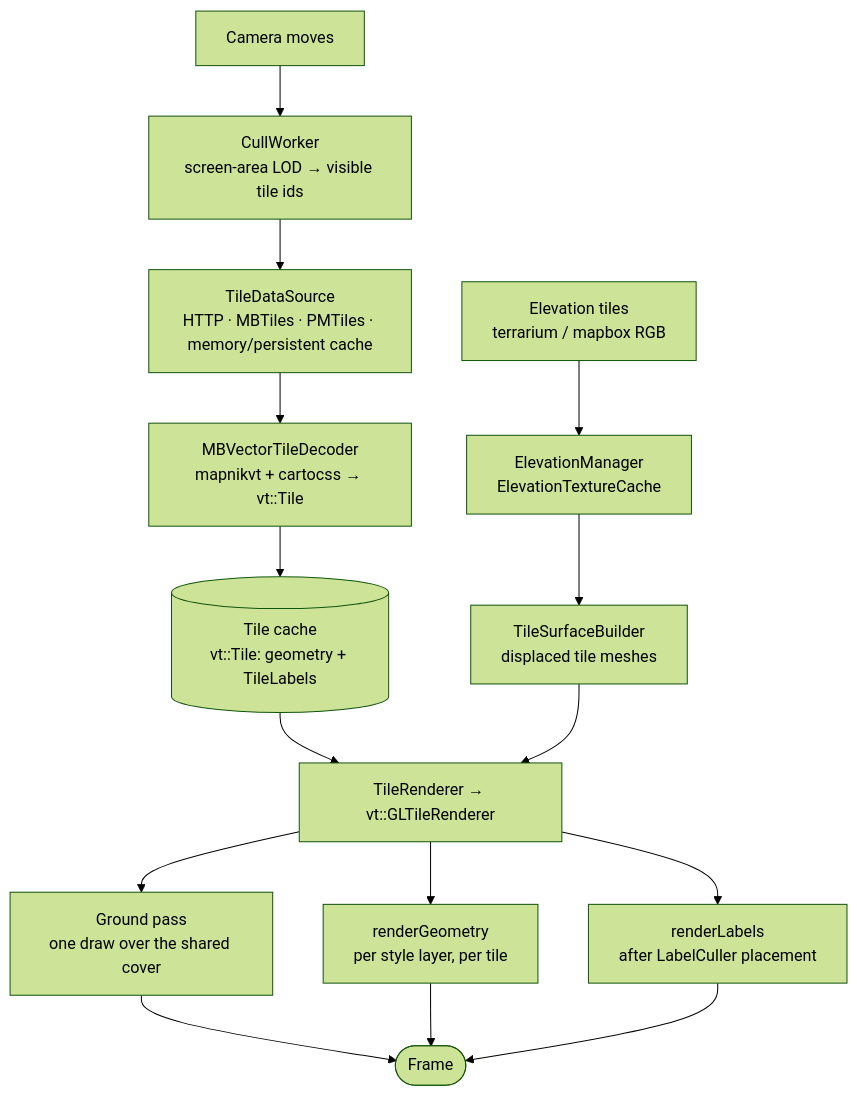
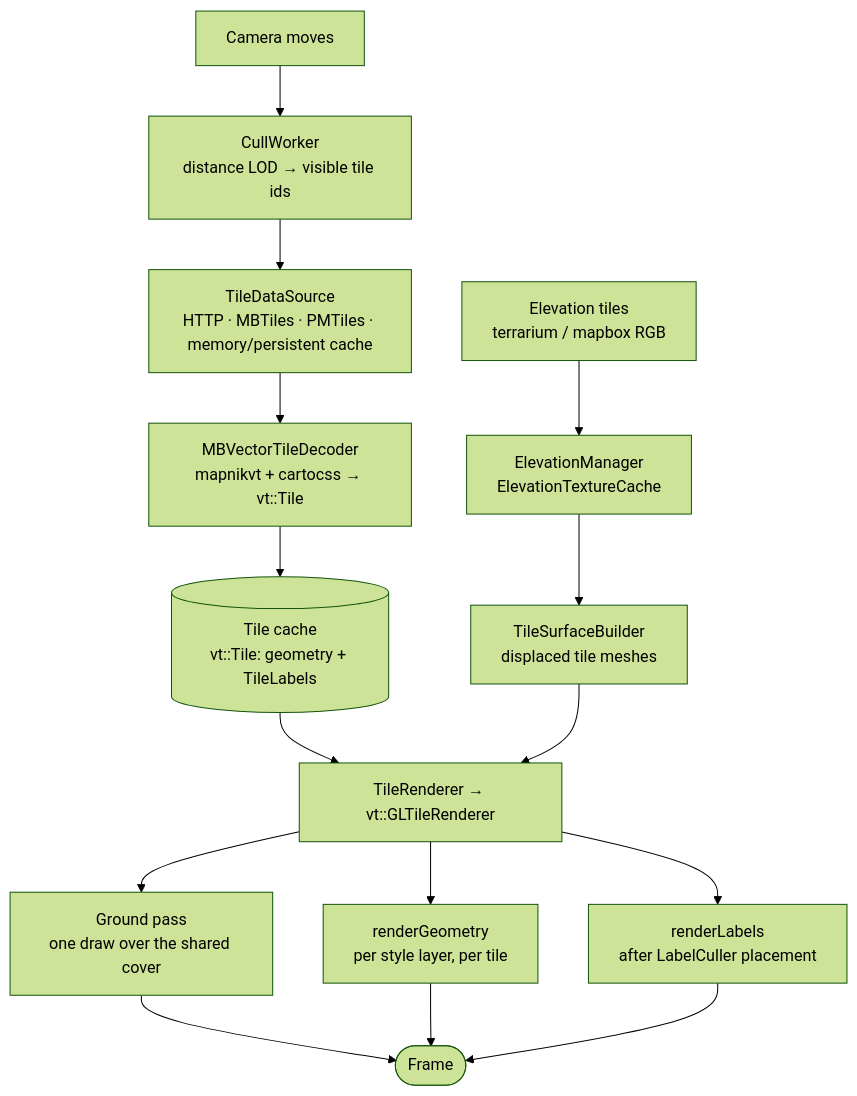
Before and after one commit to massif-maps/MassifMaps: the third of 3 diagrams in docs/internals/index.mdx, drawn with Mermaid (forest theme). The commit also changed 12 other files, not shown here.

````diff
--- a/docs/internals/index.mdx
+++ b/docs/internals/index.mdx
@@ -115,19 +115,19 @@
 ```mermaid
 flowchart TD
-  cam["Camera moves"] --> cullw["CullWorker<br/>screen-area LOD → visible tile ids"]
+  cam["Camera moves"] --> cullw["CullWorker<br/>distance LOD → visible tile ids"]
   cullw --> fetch["TileDataSource<br/>HTTP · MBTiles · PMTiles · memory/persistent cache"]
   fetch --> decode["MBVectorTileDecoder<br/>mapnikvt + cartocss → vt::Tile"]
   decode --> tiles[("Tile cache<br/>vt::Tile: geometry + TileLabels")]
   tiles --> renderer["TileRenderer → vt::GLTileRenderer"]
 
   dem["Elevation tiles<br/>terrarium / mapbox RGB"] --> elev["ElevationManager<br/>ElevationTextureCache"]
   elev --> surf["TileSurfaceBuilder<br/>displaced tile meshes"]
   surf --> renderer
 
   renderer --> ground["Ground pass<br/>one draw over the shared cover"]
   renderer --> geom["renderGeometry<br/>per style layer, per tile"]
   renderer --> lbl["renderLabels<br/>after LabelCuller placement"]
   ground --> px([Frame])
   geom --> px
   lbl --> px
 ```
````
